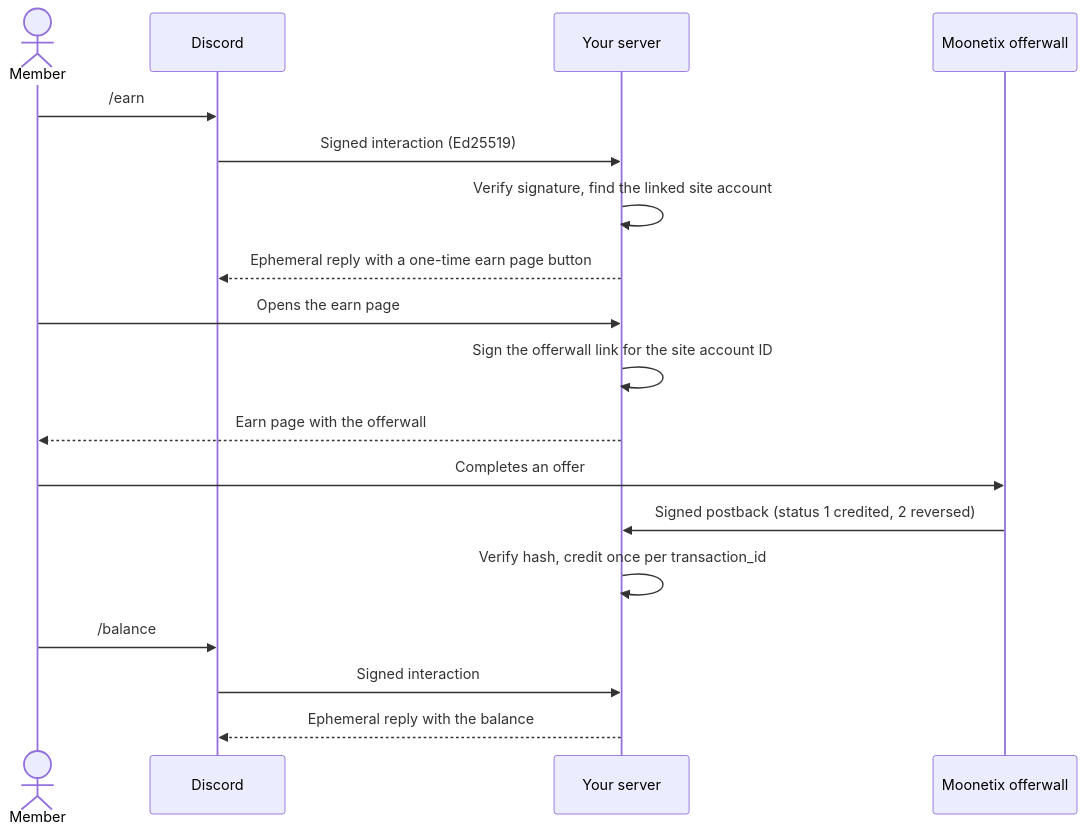
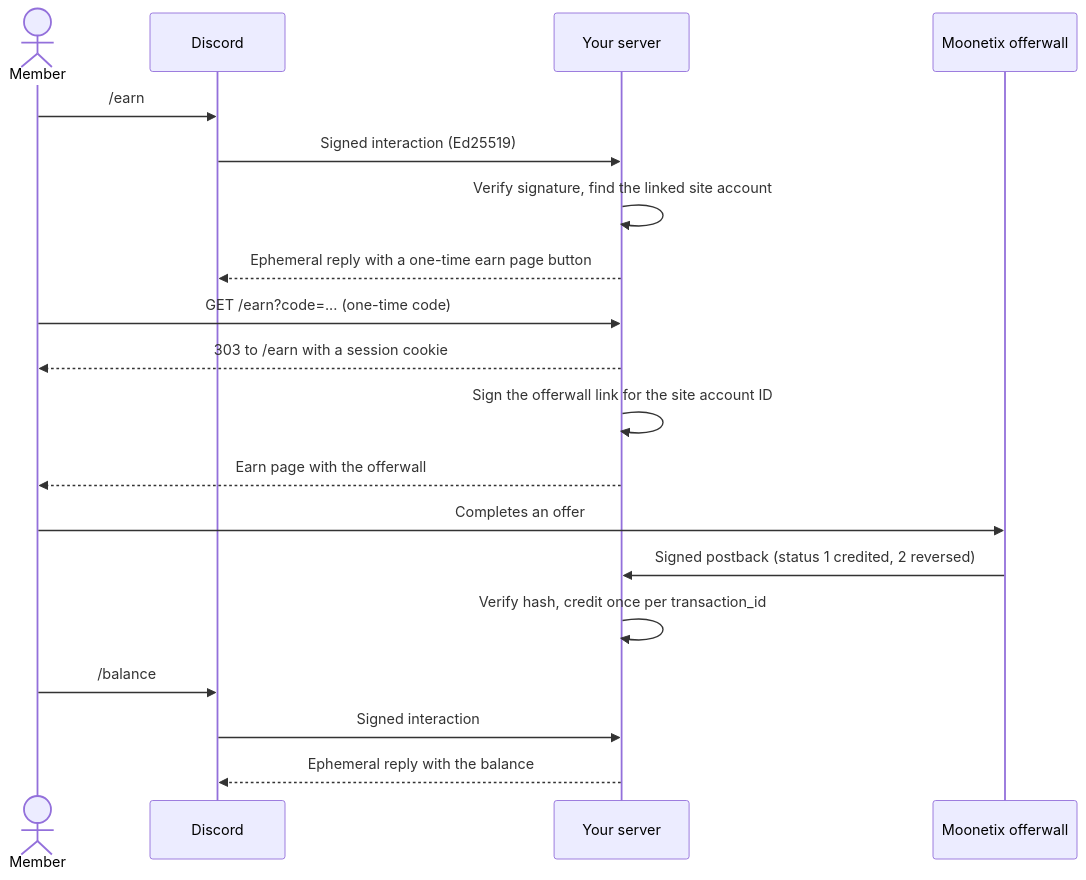
One commit to moonetix/discord-rewards-bot changed the diagram in README.md. Above: the diagram before and after it, drawn with Mermaid. The commit also changed other lines of this file, not shown here.

````diff
--- a/README.md
+++ b/README.md
@@ -24,20 +24,21 @@
 ```mermaid
 sequenceDiagram
     actor U as Member
     participant D as Discord
     participant S as Your server
     participant M as Moonetix offerwall
     U->>D: /earn
     D->>S: Signed interaction (Ed25519)
     S->>S: Verify signature, find the linked site account
     S-->>D: Ephemeral reply with a one-time earn page button
-    U->>S: Opens the earn page
+    U->>S: GET /earn?code=... (one-time code)
+    S-->>U: 303 to /earn with a session cookie
     S->>S: Sign the offerwall link for the site account ID
     S-->>U: Earn page with the offerwall
     U->>M: Completes an offer
     M->>S: Signed postback (status 1 credited, 2 reversed)
     S->>S: Verify hash, credit once per transaction_id
     U->>D: /balance
     D->>S: Signed interaction
     S-->>D: Ephemeral reply with the balance
 ```
````
